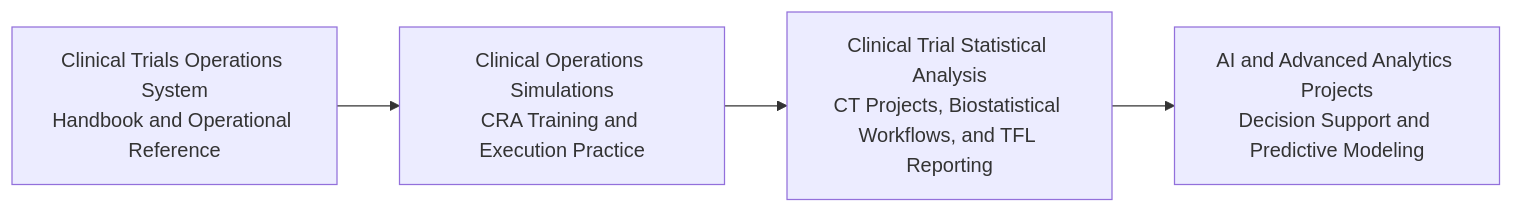
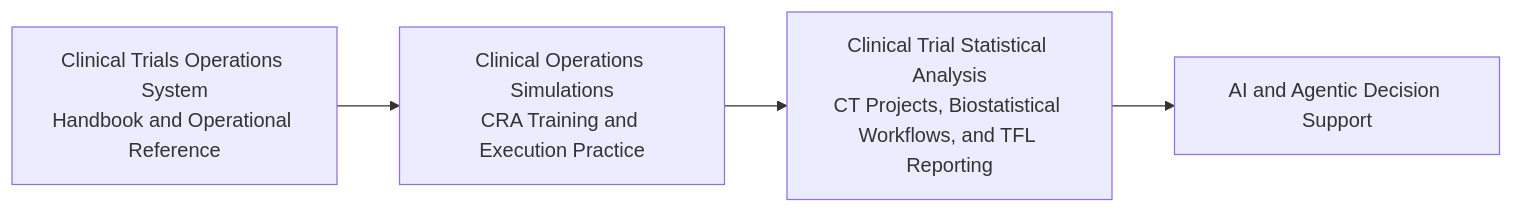
Before and after one commit to gminor71/biomedical-analytics-clinical-operations: the first of 2 diagrams in README.md, drawn with Mermaid. The commit also changed other lines of this file and 39 other files, not shown here.

````diff
--- a/README.md
+++ b/README.md
@@ -82,7 +84,7 @@
 ```mermaid
 flowchart LR
     A[Clinical Trials Operations System<br/>Handbook and Operational Reference]
       --> B[Clinical Operations Simulations<br/>CRA Training and Execution Practice]
       --> C[Clinical Trial Statistical Analysis<br/>CT Projects, Biostatistical Workflows, and TFL Reporting]
-      --> D[AI and Advanced Analytics Projects<br/>Decision Support and Predictive Modeling]
+      --> D[AI and Agentic Decision Support]
 ```
````
